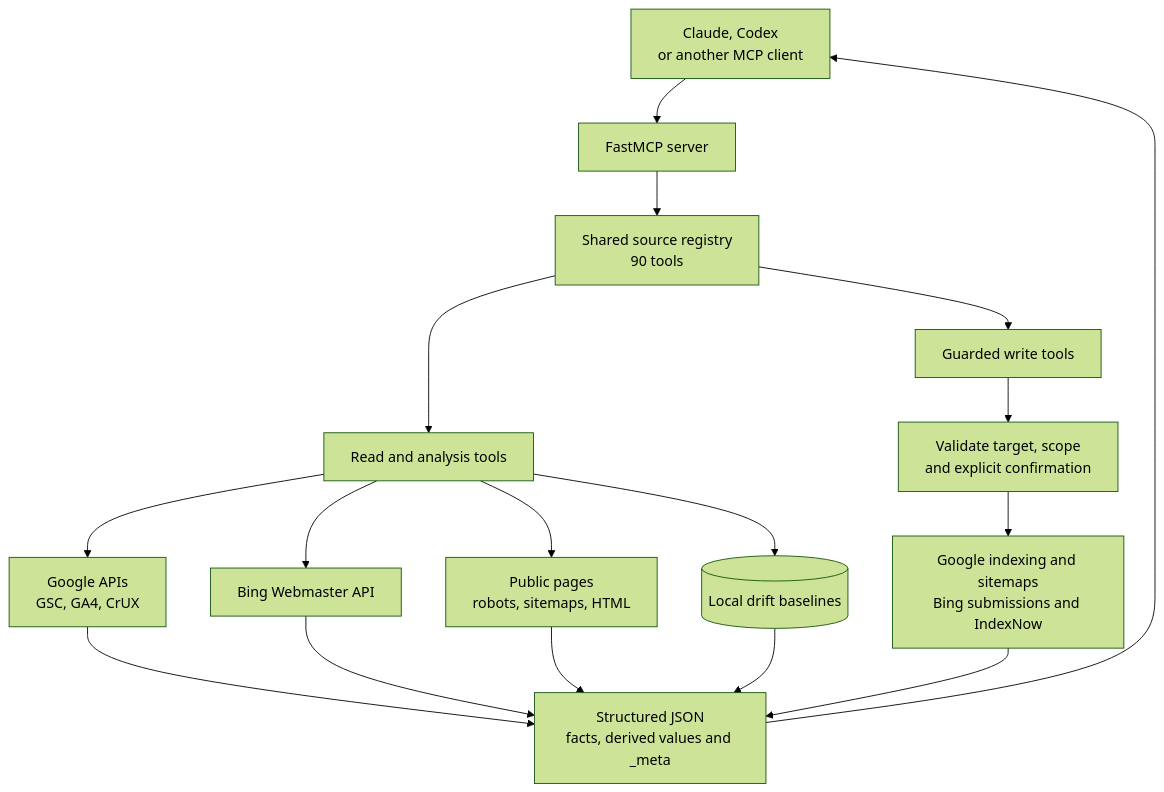
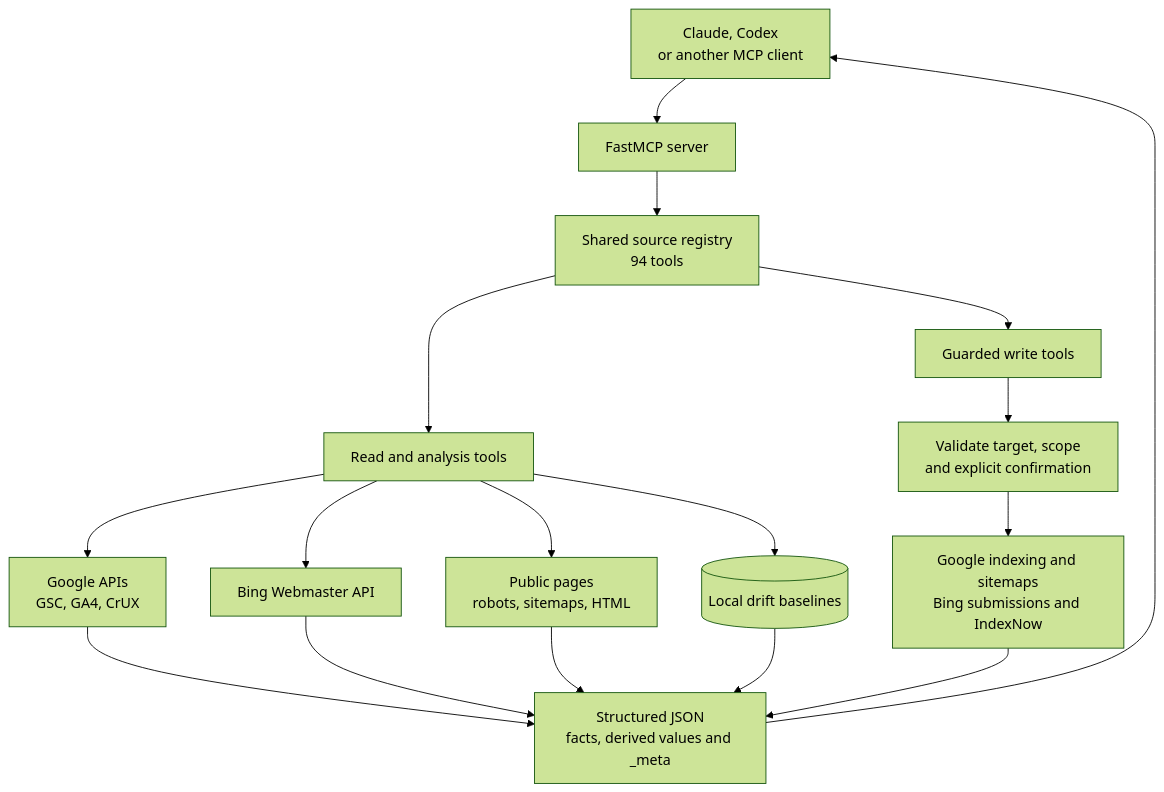
The diagram in README.md (FlorianBruniaux/google-search-console-mcp), drawn with Mermaid (forest theme) before and after one commit. The commit also changed other lines of this file and 34 other files, not shown here.

````diff
--- a/README.md
+++ b/README.md
@@ -327,19 +327,19 @@
 ```mermaid
 flowchart TD
     C[Claude, Codex<br/>or another MCP client] --> S[FastMCP server]
-    S --> R[Shared source registry<br/>90 tools]
+    S --> R[Shared source registry<br/>94 tools]
     R --> A[Read and analysis tools]
     R --> W[Guarded write tools]
     A --> G[Google APIs<br/>GSC, GA4, CrUX]
     A --> B[Bing Webmaster API]
     A --> P[Public pages<br/>robots, sitemaps, HTML]
     A --> L[(Local drift baselines)]
     W --> V[Validate target, scope<br/>and explicit confirmation]
     V --> M[Google indexing and sitemaps<br/>Bing submissions and IndexNow]
     G --> O[Structured JSON<br/>facts, derived values and _meta]
     B --> O
     P --> O
     L --> O
     M --> O
     O --> C
 ```
````
